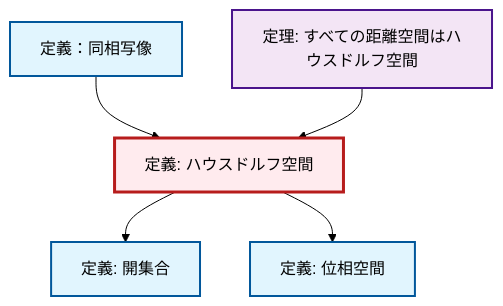
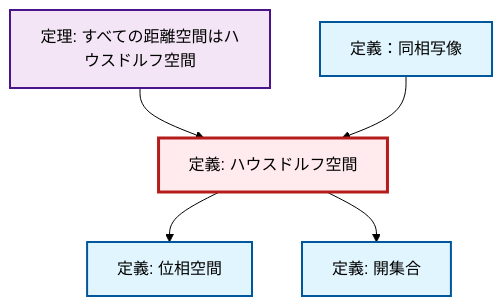
The diagram in content/ja/topology/def-hausdorff.qmd (RK0429/ModernMath), drawn with Mermaid (forest theme) before and after one commit. The commit also changed other lines of this file and 1012 other files, not shown here.

````diff
--- a/content/ja/topology/def-hausdorff.qmd
+++ b/content/ja/topology/def-hausdorff.qmd
@@ -54,23 +54,23 @@
 ```{mermaid}
 %%| fig-cap: "Local dependency graph"
 graph TD
     classDef definition fill:#e1f5fe,stroke:#01579b,stroke-width:2px
     classDef theorem fill:#f3e5f5,stroke:#4a148c,stroke-width:2px
     classDef axiom fill:#fff3e0,stroke:#e65100,stroke-width:2px
     classDef example fill:#e8f5e9,stroke:#1b5e20,stroke-width:2px
     classDef current fill:#ffebee,stroke:#b71c1c,stroke-width:3px
+    def-open-set["定義: 開集合"]:::definition
+    def-homeomorphism["定義：同相写像"]:::definition
     thm-metric-hausdorff["定理: すべての距離空間はハウスドルフ空間"]:::theorem
-    def-homeomorphism["定義：同相写像"]:::definition
+    def-topological-space["定義: 位相空間"]:::definition
     def-hausdorff["定義: ハウスドルフ空間"]:::definition
-    def-open-set["定義: 開集合"]:::definition
-    def-topological-space["定義: 位相空間"]:::definition
-    def-hausdorff --> def-open-set
-    def-homeomorphism --> def-hausdorff
     def-hausdorff --> def-topological-space
     thm-metric-hausdorff --> def-hausdorff
+    def-homeomorphism --> def-hausdorff
+    def-hausdorff --> def-open-set
     class def-hausdorff current
+    click def-open-set "def-open-set.html" "開集合の定義へ"
+    click def-homeomorphism "def-homeomorphism.html" "定義：同相写像へ"
     click thm-metric-hausdorff "thm-metric-hausdorff.html" "すべての距離空間はハウスドルフ空間の定理へ"
-    click def-homeomorphism "def-homeomorphism.html" "定義：同相写像へ"
-    click def-open-set "def-open-set.html" "開集合の定義へ"
     click def-topological-space "def-topological-space.html" "位相空間の定義へ"
 ```
````
